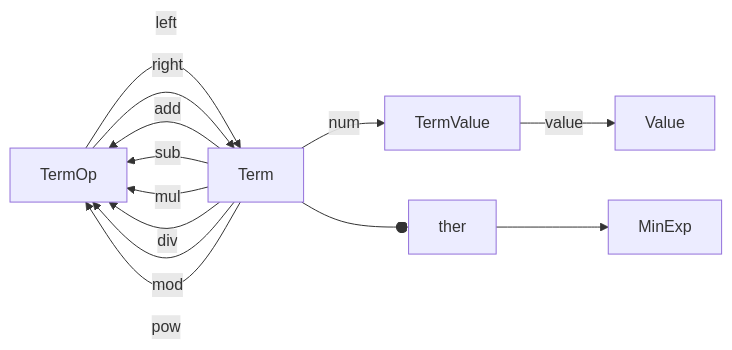
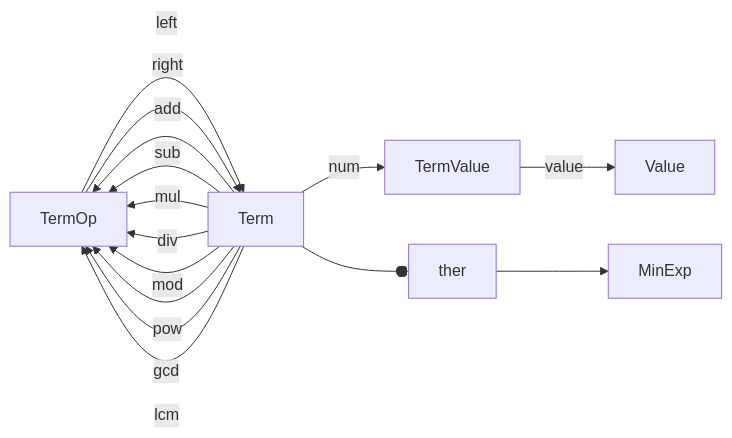
Before and after one commit to billhails/CEKF: the diagram in docs/generated/term.md, drawn with Mermaid. The commit also changed 6 other files, not shown here.

Commit message:
constant folding handles gcd and lcm

````diff
--- a/docs/generated/term.md
+++ b/docs/generated/term.md
@@ -5,14 +5,16 @@
 ```mermaid
 flowchart LR
 TermOp --left--> Term
 TermOp --right--> Term
 TermValue --value--> Value
 Term --add--> TermOp
 Term --sub--> TermOp
 Term --mul--> TermOp
 Term --div--> TermOp
 Term --mod--> TermOp
 Term --pow--> TermOp
+Term --gcd--> TermOp
+Term --lcm--> TermOp
 Term --num--> TermValue
 Term --other--> MinExp
 ```
````
